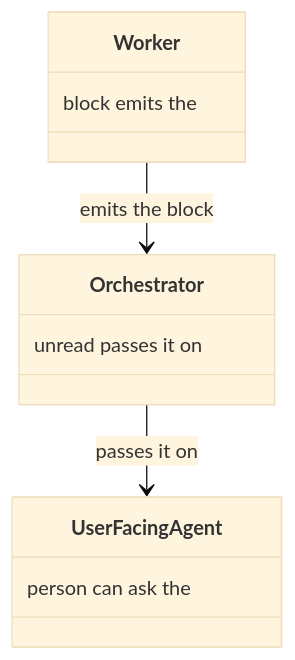
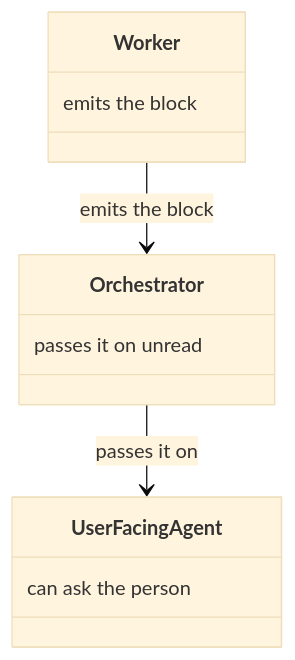
The eighth of 22 diagrams in docs/checkpoint.md (m2ux/workflow-server), drawn with Mermaid (base theme) before and after one commit. The commit also changed other lines of this file and 10 other files, not shown here.

Commit message:
Write each class-box note in reading order so the diagram shows the phrase as written.

````diff
--- a/docs/checkpoint.md
+++ b/docs/checkpoint.md
@@ -168,14 +168,14 @@
 ```mermaid
 classDiagram
   class Worker {
-    block emits the
+    emits the block
   }
   class Orchestrator {
-    unread passes it on
+    passes it on unread
   }
   class UserFacingAgent {
-    person can ask the
+    can ask the person
   }
   Worker --> Orchestrator : emits the block
   Orchestrator --> UserFacingAgent : passes it on
 ```
````
